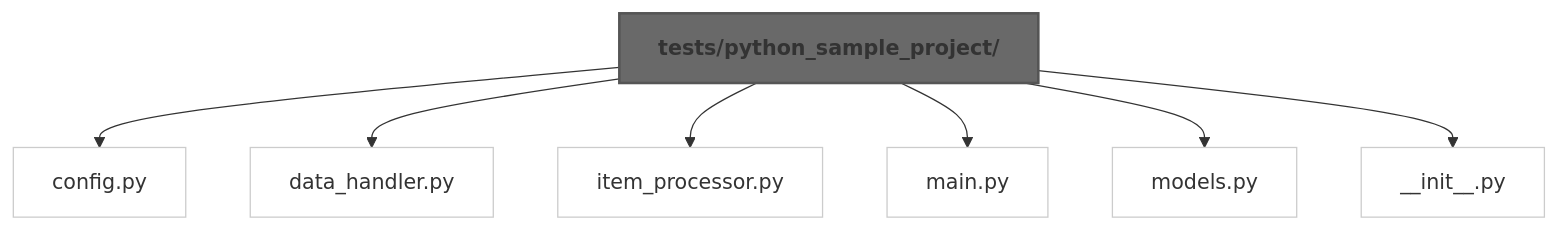
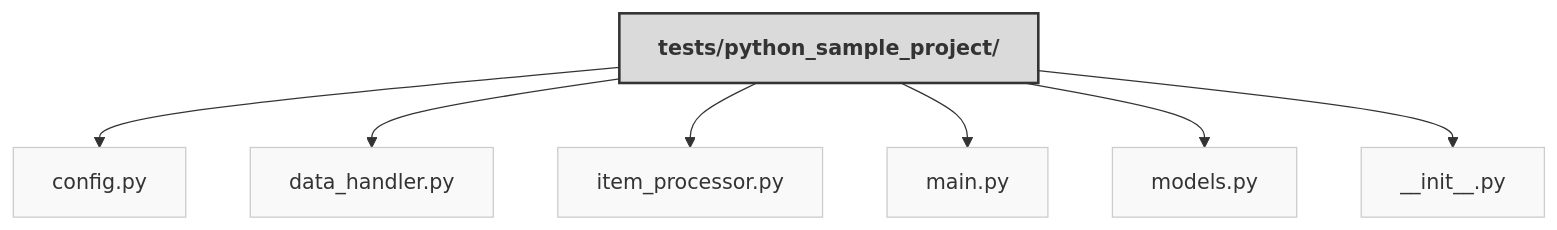
Before and after one commit to OpenXFlow/sourceLensAI: the diagram in output/python-sample-project/08_code_inventory.md, drawn with Mermaid. The commit also changed other lines of this file and 15 other files, not shown here.

````diff
--- a/output/python-sample-project/08_code_inventory.md
+++ b/output/python-sample-project/08_code_inventory.md
@@ -4,26 +5,26 @@
 ```mermaid
 graph TD
-    ROOT_DIR_MERMAID["tests/python_sample_project/"]
-    FILE_0["config.py"]
-    FILE_1["data_handler.py"]
-    FILE_2["item_processor.py"]
-    FILE_3["main.py"]
-    FILE_4["models.py"]
-    FILE_5["__init__.py"]
-    ROOT_DIR_MERMAID --> FILE_0
-    ROOT_DIR_MERMAID --> FILE_1
-    ROOT_DIR_MERMAID --> FILE_2
-    ROOT_DIR_MERMAID --> FILE_3
-    ROOT_DIR_MERMAID --> FILE_4
-    ROOT_DIR_MERMAID --> FILE_5
+    ROOT_DIR_MERMAID_0[tests/python_sample_project/]
+    FILE_0[config.py]
+    FILE_1[data_handler.py]
+    FILE_2[item_processor.py]
+    FILE_3[main.py]
+    FILE_4[models.py]
+    FILE_5[__init__.py]
+    ROOT_DIR_MERMAID_0 --> FILE_0
+    ROOT_DIR_MERMAID_0 --> FILE_1
+    ROOT_DIR_MERMAID_0 --> FILE_2
+    ROOT_DIR_MERMAID_0 --> FILE_3
+    ROOT_DIR_MERMAID_0 --> FILE_4
+    ROOT_DIR_MERMAID_0 --> FILE_5
     %% Styling for better readability
-    classDef dir fill:#696969,stroke:#555,stroke-width:2px,font-weight:bold,color:#333
-    classDef file fill:#ffffff,stroke:#ccc,stroke-width:1px,color:#333
-    class ROOT_DIR_MERMAID dir;
+    classDef dir fill:#dadada,stroke:#333,stroke-width:2px,color:#333,font-weight:bold;
+    classDef file fill:#f9f9f9,stroke:#ccc,stroke-width:1px,color:#333;
+    class ROOT_DIR_MERMAID_0 dir;
     class FILE_0 file;
     class FILE_1 file;
     class FILE_2 file;
     class FILE_3 file;
     class FILE_4 file;
     class FILE_5 file;
 ```
````
